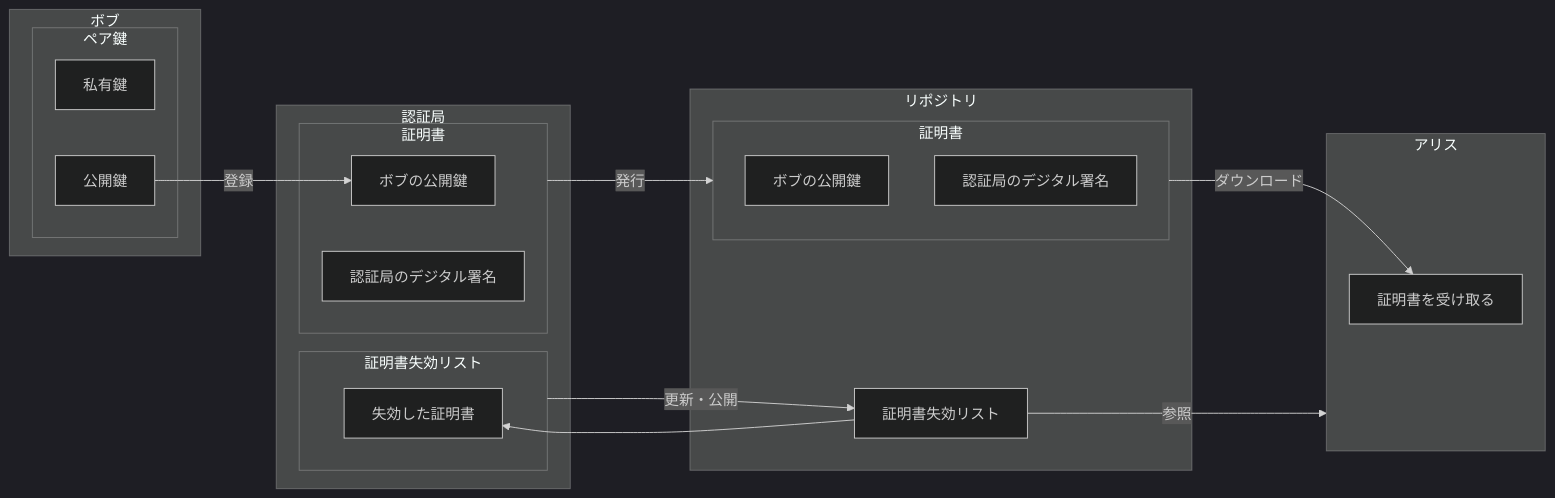
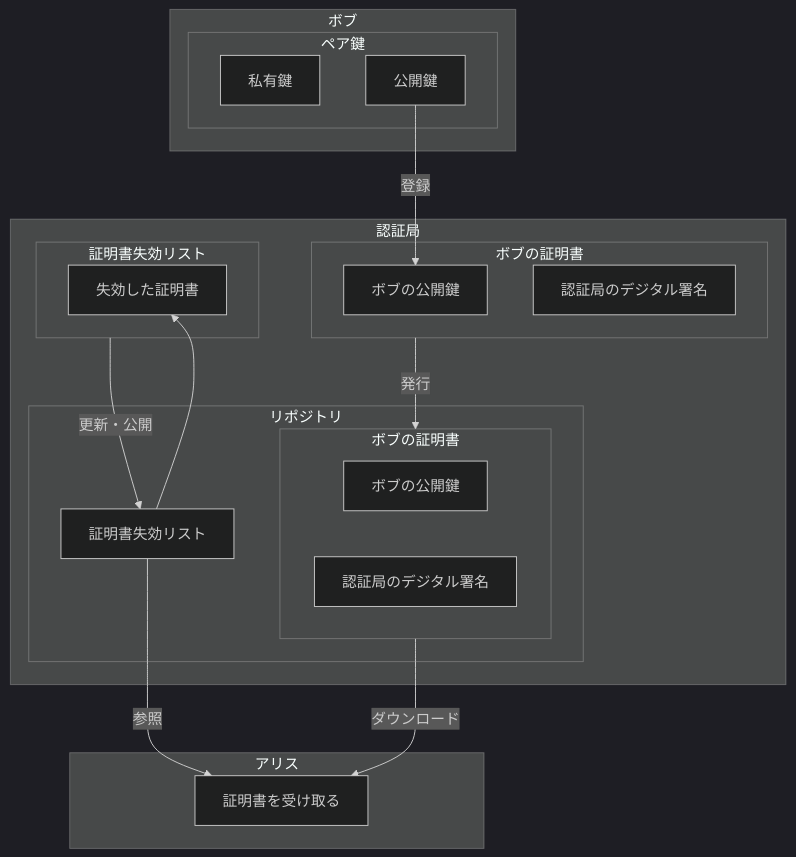
One commit to shuji-bonji/Notes-about-Digital-Signatures-and-Timestamps changed the first of 2 diagrams in PublicKeyCryptographyInfrastructure.md. Above: the diagram before and after it, drawn with Mermaid (dark theme). The commit also changed other lines of this file and 2 other files, not shown here.

Commit message:
fix: PKIの構成図を変更

````diff
--- a/PublicKeyCryptographyInfrastructure.md
+++ b/PublicKeyCryptographyInfrastructure.md
@@ -49,37 +49,36 @@
 ```mermaid
-graph LR
+graph TB
     subgraph Bob["ボブ"]
       subgraph pairKey["ペア鍵"]
         B_priKey["私有鍵"]
         B_pubKey["公開鍵"]
       end
     end
 
     subgraph Auth["認証局"]
-      subgraph B_cert["証明書"]
+      subgraph B_cert["ボブの証明書"]
         B_pubKey_in_cert["ボブの公開鍵"]
         Auth_sign["認証局のデジタル署名"]
       end
       subgraph CRL["証明書失効リスト"]
         revokedCert["失効した証明書"]
       end
-    end
-
-    subgraph Repository["リポジトリ"]
-      subgraph B_cert_in_rep["証明書"]
-        B_pubKey_in_rep["ボブの公開鍵"]
-        Auth_sign_in_rep["認証局のデジタル署名"]
+      subgraph Repository["リポジトリ"]
+        subgraph B_cert_in_rep["ボブの証明書"]
+          B_pubKey_in_rep["ボブの公開鍵"]
+          Auth_sign_in_rep["認証局のデジタル署名"]
+        end
+        CRL_in_Rep["証明書失効リスト"] --> revokedCert
       end
-      CRL_in_Rep["証明書失効リスト"] --> revokedCert
     end
 
     subgraph Alice["アリス"]
       A_receive_cert["証明書を受け取る"]
     end
 
     B_pubKey --"登録"--> B_pubKey_in_cert
     B_cert --"発行"--> B_cert_in_rep
     B_cert_in_rep --"ダウンロード"--> A_receive_cert
     CRL --"更新・公開"--> CRL_in_Rep
-    CRL_in_Rep --"参照"--> Alice
+    CRL_in_Rep --"参照"--> A_receive_cert
 ```
````
